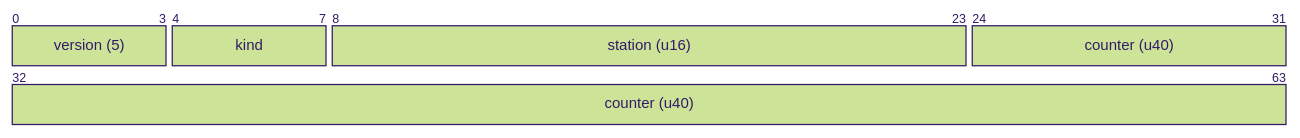
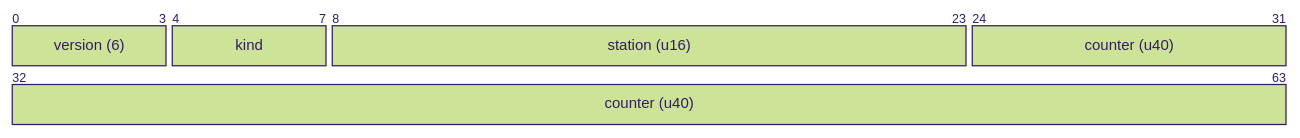
Before and after one commit to clintecker/weather-station-2026: the first of 7 diagrams in firmware/common/ws_frame.lit.md, drawn with Mermaid (forest theme). The commit also changed other lines of this file and 303 other files, not shown here.

````diff
--- a/firmware/common/ws_frame.lit.md
+++ b/firmware/common/ws_frame.lit.md
@@ -42,7 +42,7 @@
 ```mermaid
 packet-beta
-0-3: "version (5)"
+0-3: "version (6)"
 4-7: "kind"
 8-23: "station (u16)"
 24-63: "counter (u40)"
 ```
````
